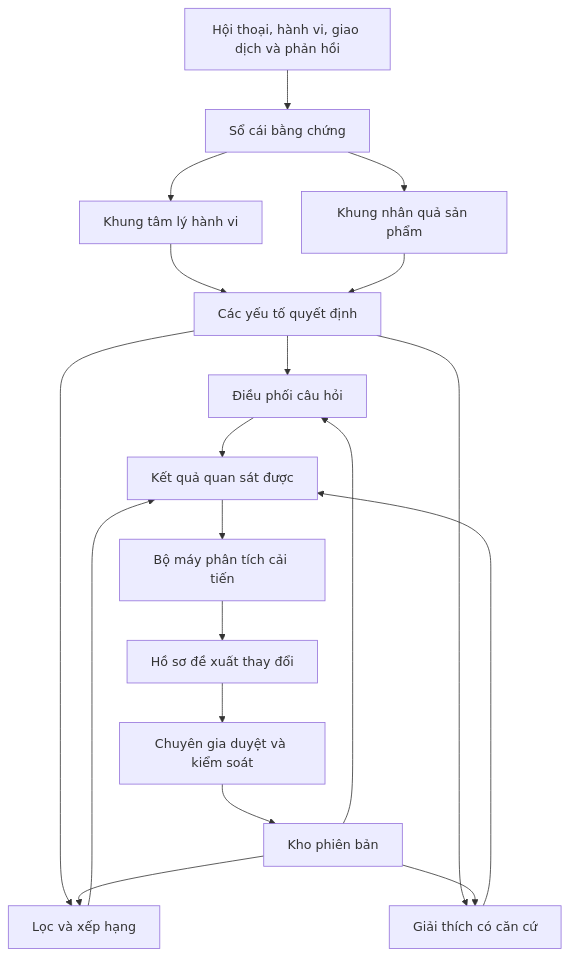
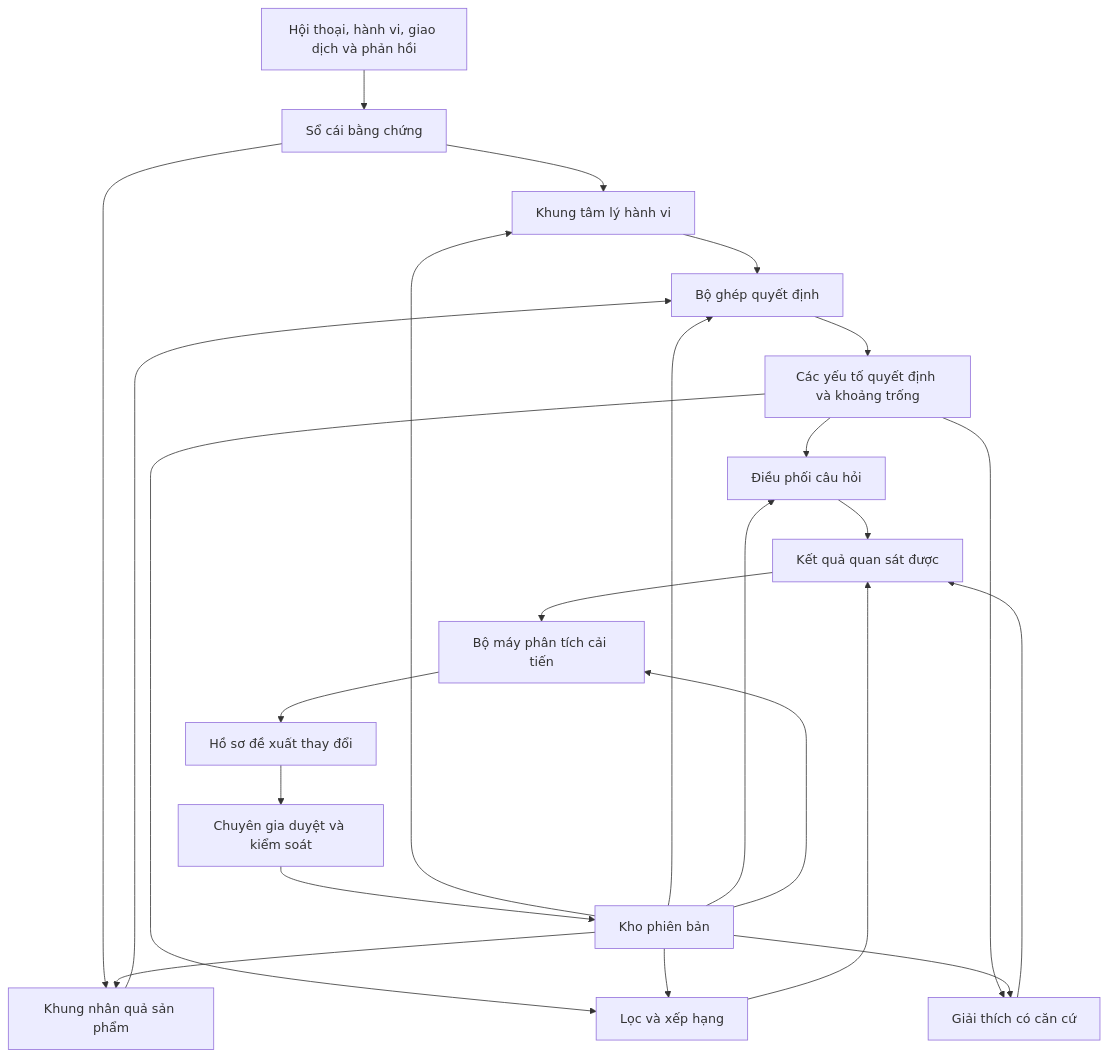
The first of 3 diagrams in docs/superpowers/specs/2026-07-18-khung-tu-van-san-pham-thich-nghi-design.md (hoangvantuan/vaic_thancotong), drawn with Mermaid before and after one commit. The commit also changed other lines of this file, not shown here.

Commit message:
docs: giải thích kiến trúc cho người đọc mới

````diff
--- a/docs/superpowers/specs/2026-07-18-khung-tu-van-san-pham-thich-nghi-design.md
+++ b/docs/superpowers/specs/2026-07-18-khung-tu-van-san-pham-thich-nghi-design.md
@@ -64,21 +215,26 @@
 ```mermaid
 flowchart TD
     A[Hội thoại, hành vi, giao dịch và phản hồi] --> B[Sổ cái bằng chứng]
     B --> C[Khung tâm lý hành vi]
     B --> D[Khung nhân quả sản phẩm]
-    C --> E[Các yếu tố quyết định]
+    C --> E[Bộ ghép quyết định]
     D --> E
-    E --> F[Điều phối câu hỏi]
-    E --> G[Lọc và xếp hạng]
-    E --> H[Giải thích có căn cứ]
+    E --> N[Các yếu tố quyết định và khoảng trống]
+    N --> F[Điều phối câu hỏi]
+    N --> G[Lọc và xếp hạng]
+    N --> H[Giải thích có căn cứ]
     F --> I[Kết quả quan sát được]
     G --> I
     H --> I
     I --> J[Bộ máy phân tích cải tiến]
     J --> K[Hồ sơ đề xuất thay đổi]
     K --> L[Chuyên gia duyệt và kiểm soát]
     L --> M[Kho phiên bản]
+    M --> C
+    M --> D
+    M --> E
     M --> F
     M --> G
     M --> H
+    M --> J
 ```
````
